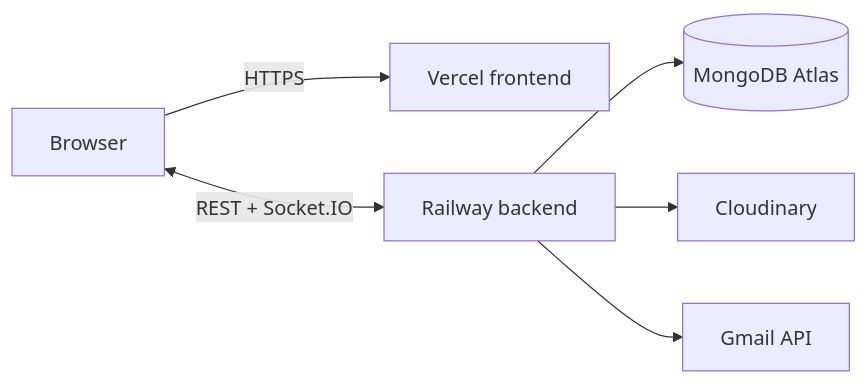
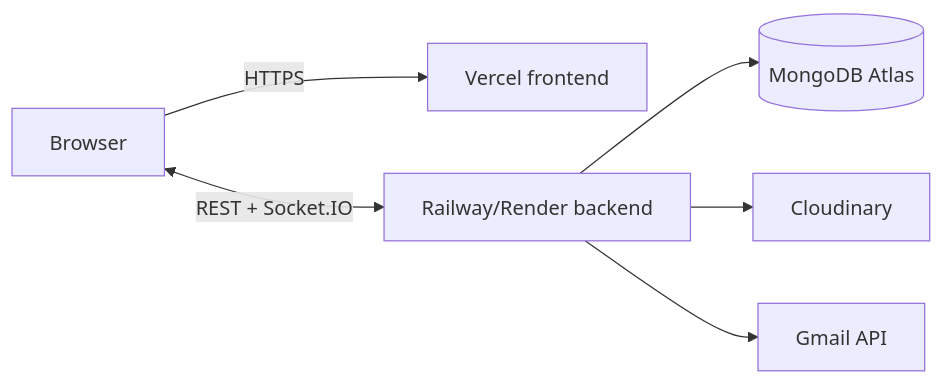
One commit to Saurav11343/click-chat changed the second of 2 diagrams in docs/08-setup-and-deployment.md. Above: the diagram before and after it, drawn with Mermaid. The commit also changed other lines of this file and 8 other files, not shown here.

````diff
--- a/docs/08-setup-and-deployment.md
+++ b/docs/08-setup-and-deployment.md
@@ -149,8 +150,8 @@
 ```mermaid
 flowchart LR
     B["Browser"] -->|"HTTPS"| V["Vercel frontend"]
-    B <-->|"REST + Socket.IO"| R["Railway backend"]
+    B <-->|"REST + Socket.IO"| R["Railway/Render backend"]
     R --> M[("MongoDB Atlas")]
     R --> C["Cloudinary"]
     R --> G["Gmail API"]
 ```
````
